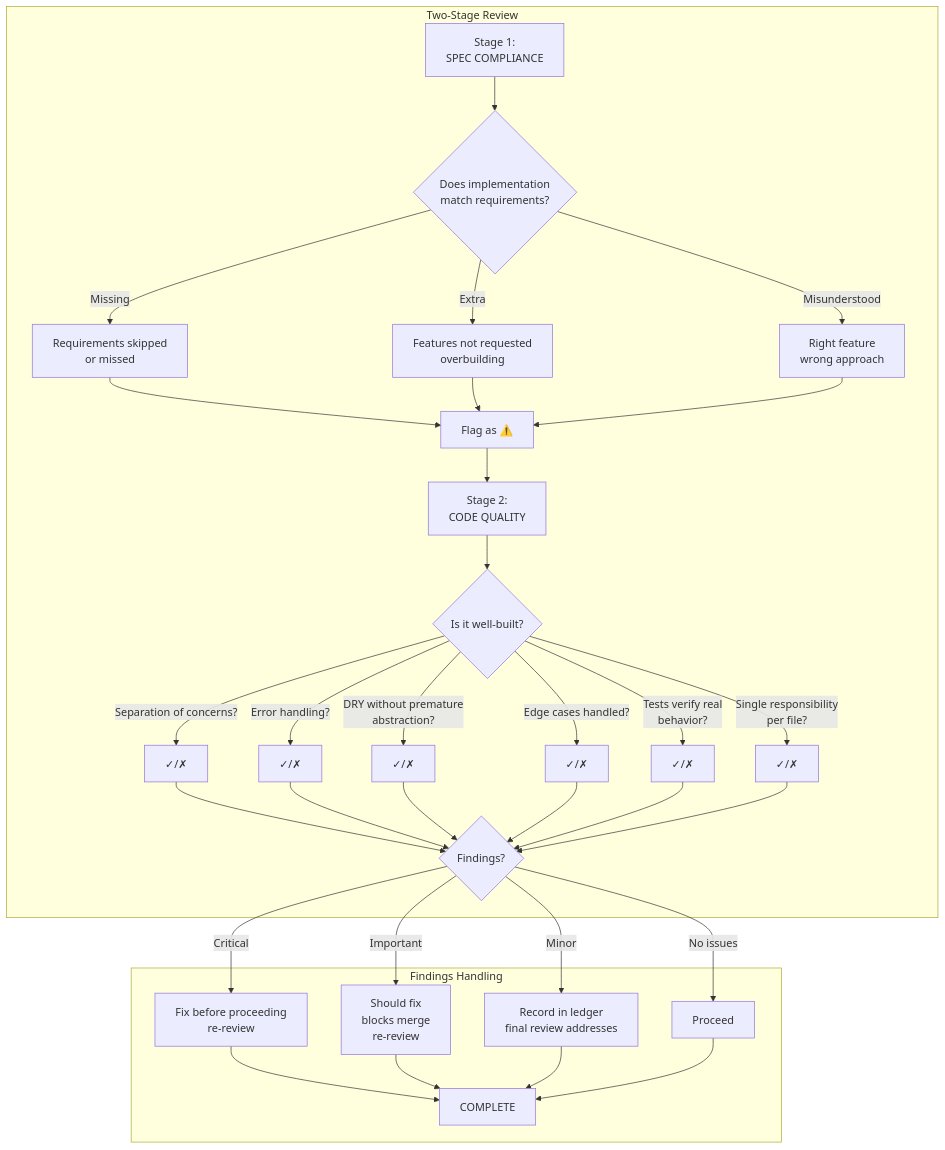
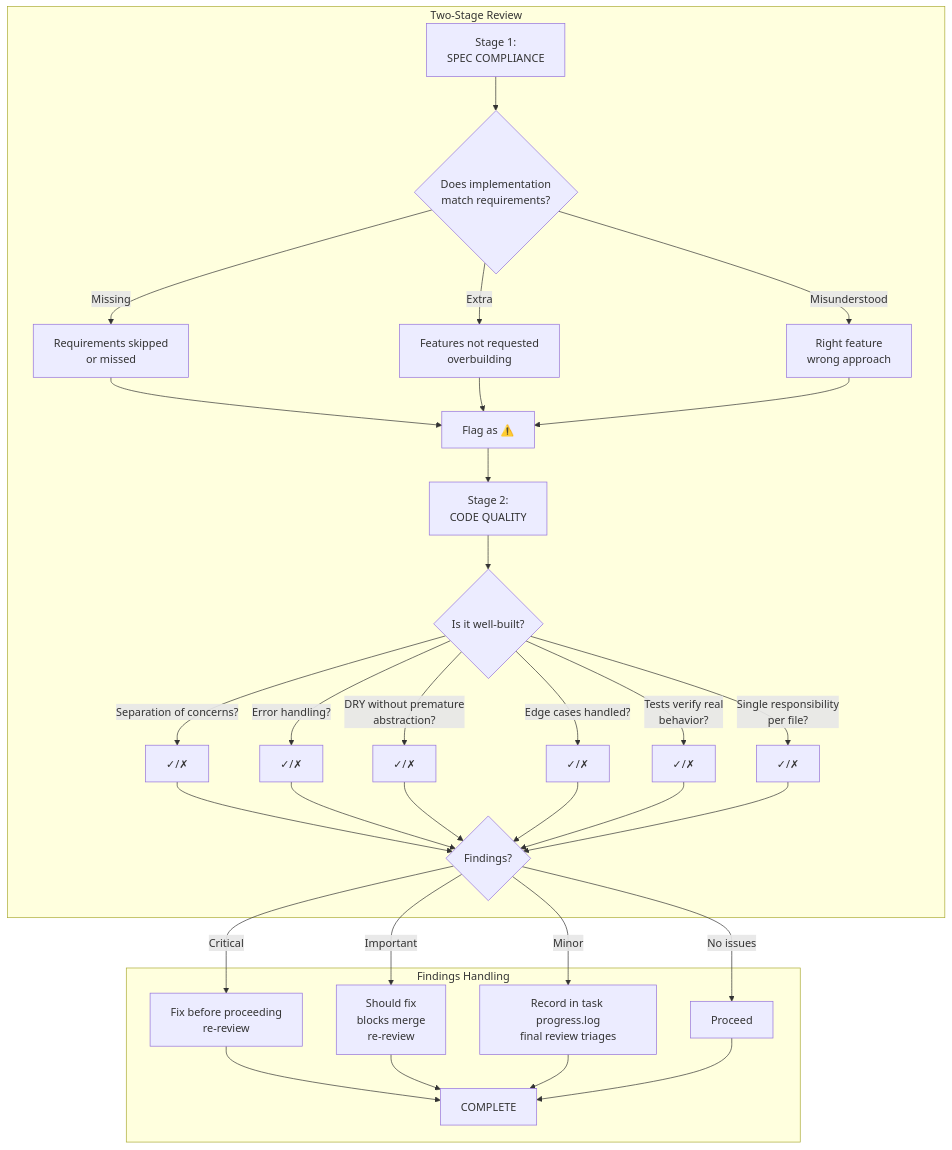
Before and after one commit to gugacarbo/agents-skills: the sixth of 10 diagrams in super-planning/docs/workflows.md, drawn with Mermaid. The commit also changed other lines of this file and 23 other files, not shown here.

````diff
--- a/super-planning/docs/workflows.md
+++ b/super-planning/docs/workflows.md
@@ -137,38 +137,38 @@
 ```mermaid
 flowchart TD
     subgraph Two-Stage Review
         S1[Stage 1:<br/>SPEC COMPLIANCE] --> S2{Does implementation<br/>match requirements?}
         S2 -->|Missing| M1[Requirements skipped<br/>or missed]
         S2 -->|Extra| M2[Features not requested<br/>overbuilding]
         S2 -->|Misunderstood| M3[Right feature<br/>wrong approach]
         M1 --> S3[Flag as ⚠️]
         M2 --> S3
         M3 --> S3
 
         S3 --> S4[Stage 2:<br/>CODE QUALITY]
         S4 --> S5{Is it well-built?}
         S5 -->|Separation of concerns?| Q1[✓/✗]
         S5 -->|Error handling?| Q2[✓/✗]
         S5 -->|DRY without premature<br/>abstraction?| Q3[✓/✗]
         S5 -->|Edge cases handled?| Q4[✓/✗]
         S5 -->|Tests verify real<br/>behavior?| Q5[✓/✗]
         S5 -->|Single responsibility<br/>per file?| Q6[✓/✗]
         Q1 --> S6
         Q2 --> S6
         Q3 --> S6
         Q4 --> S6
         Q5 --> S6
         Q6 --> S6
     end
 
     subgraph Findings Handling
         S6{Findings?} -->|Critical| FH1[Fix before proceeding<br/>re-review]
         S6{Findings?} -->|Important| FH2[Should fix<br/>blocks merge<br/>re-review]
-        S6{Findings?} -->|Minor| FH3[Record in ledger<br/>final review addresses]
+        S6{Findings?} -->|Minor| FH3[Record in task progress.log<br/>final review triages]
         S6{Findings?} -->|No issues| FH4[Proceed]
         FH1 --> COMPLETE
         FH2 --> COMPLETE
         FH3 --> COMPLETE
         FH4 --> COMPLETE
     end
 ```
````
